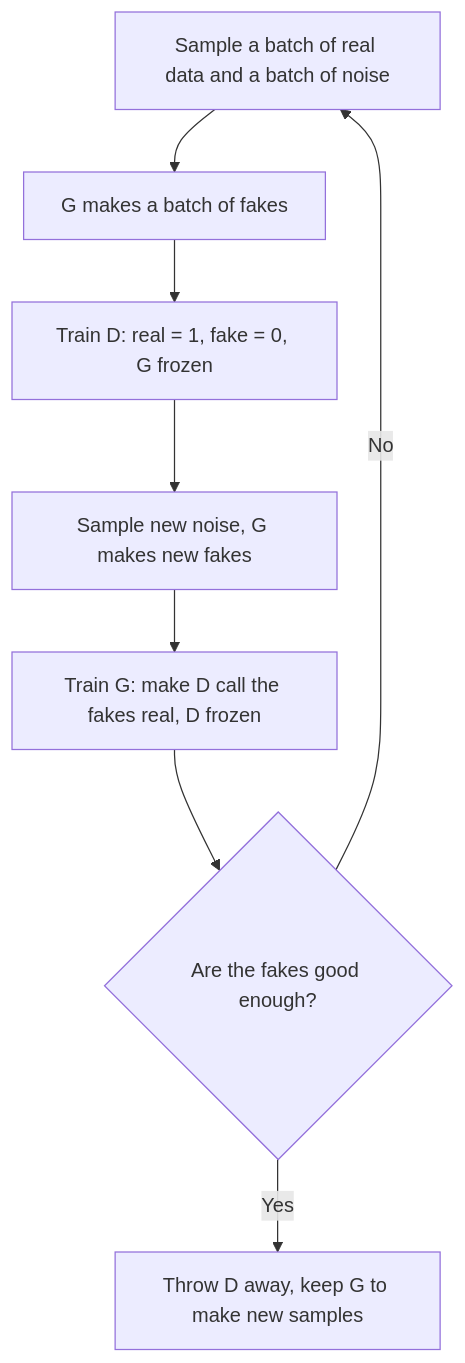
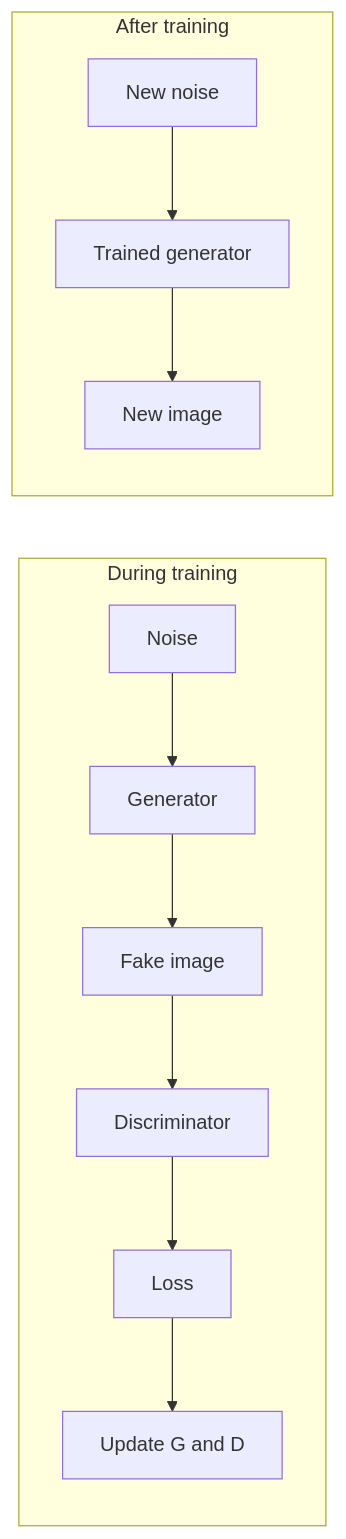
The third of 4 diagrams in content/deep-learning/notes/gan.mdx (TrendySloth1001/sem-seven-notes), drawn with Mermaid before and after one commit. The commit also changed other lines of this file and 168 other files, not shown here.

Commit message:
Rewrite the Module 1, activation, loss and GAN notes and their 25 answers from the teachers' class files. They keep the teacher's definitions, use 80 of their figures with class-notes citations only, and fix the slide errors in the XOR, NAND, loss and KL formulas.

````diff
--- a/content/deep-learning/notes/gan.mdx
+++ b/content/deep-learning/notes/gan.mdx
@@ -212,11 +127,10 @@
 ```mermaid
-%% caption: The GAN training loop. The discriminator and generator take turns. Each one is frozen while the other learns.
-flowchart TD
-  A["Sample a batch of real data and a batch of noise"] --> B["G makes a batch of fakes"]
-  B --> C["Train D: real = 1, fake = 0, G frozen"]
-  C --> E["Sample new noise, G makes new fakes"]
-  E --> F["Train G: make D call the fakes real, D frozen"]
-  F --> H{"Are the fakes good enough?"}
-  H -- "No" --> A
-  H -- "Yes" --> I["Throw D away, keep G to make new samples"]
+%% caption: During training both networks work with a feedback loop. After training only the generator is used.
+flowchart LR
+  subgraph T["During training"]
+    A["Noise"] --> B["Generator"] --> C["Fake image"] --> D["Discriminator"] --> E["Loss"] --> F["Update G and D"]
+  end
+  subgraph U["After training"]
+    X["New noise"] --> Y["Trained generator"] --> Z["New image"]
+  end
 ```
````
